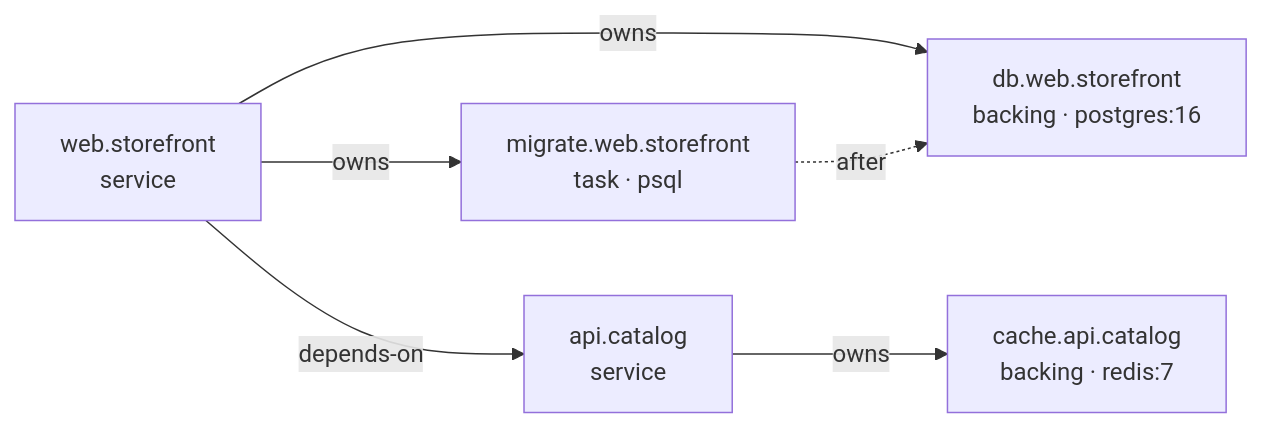
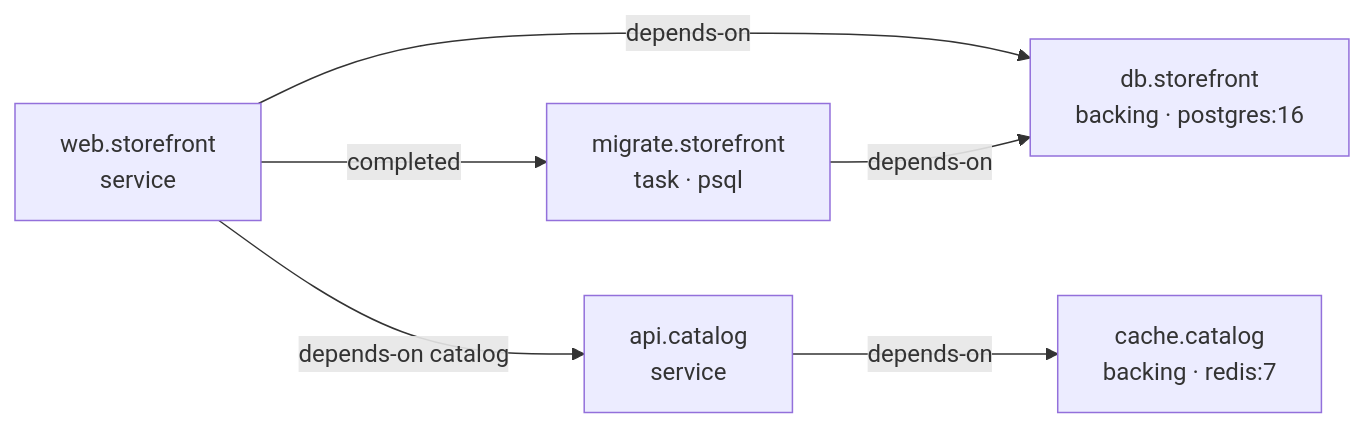
The diagram in docs/src/content/docs/tutorial/index.md (mlnja/fghj), drawn with Mermaid before and after one commit. The commit also changed other lines of this file and 76 other files, not shown here.

````diff
--- a/docs/src/content/docs/tutorial/index.md
+++ b/docs/src/content/docs/tutorial/index.md
@@ -30,8 +30,8 @@
 ```mermaid
 graph LR
-  web["web.storefront<br/>service"] -->|owns| db["db.web.storefront<br/>backing · postgres:16"]
-  web -->|owns| migrate["migrate.web.storefront<br/>task · psql"]
-  migrate -.->|after| db
-  web -->|depends-on| api["api.catalog<br/>service"]
-  api -->|owns| cache["cache.api.catalog<br/>backing · redis:7"]
+  web["web.storefront<br/>service"] -->|depends-on| db["db.storefront<br/>backing · postgres:16"]
+  web -->|completed| migrate["migrate.storefront<br/>task · psql"]
+  migrate -->|depends-on| db
+  web -->|depends-on catalog| api["api.catalog<br/>service"]
+  api -->|depends-on| cache["cache.catalog<br/>backing · redis:7"]
 ```
````
